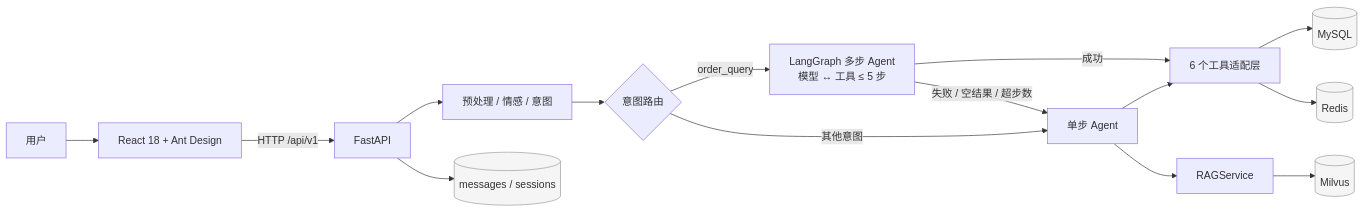
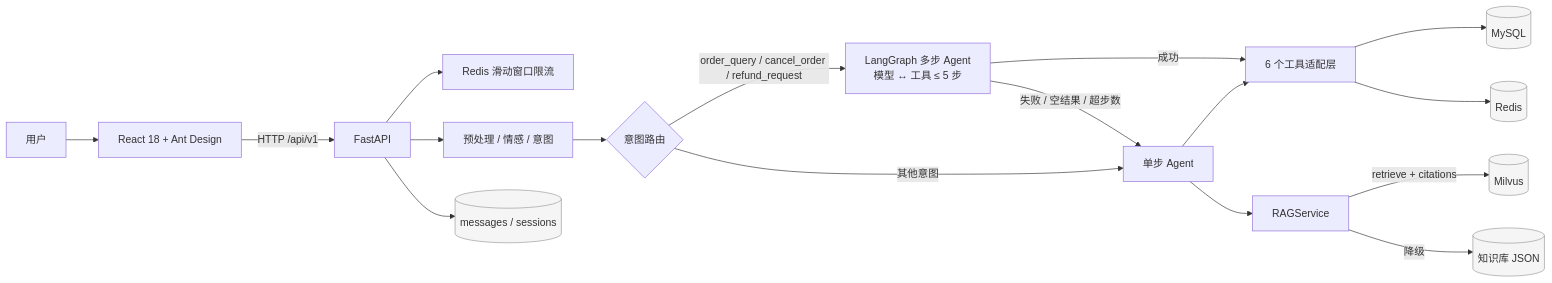
One commit to lhua64930-ffsdfs/ecommerce-customer-service changed the diagram in README.md. Above: the diagram before and after it, drawn with Mermaid. The commit also changed other lines of this file and 53 other files, not shown here.

````diff
--- a/README.md
+++ b/README.md
@@ -94,20 +94,22 @@
 ```mermaid
 flowchart LR
     U[用户] --> FE[React 18 + Ant Design]
     FE -->|HTTP /api/v1| API[FastAPI]
+    API --> RL[Redis 滑动窗口限流]
     API --> PRE[预处理 / 情感 / 意图]
     PRE --> ROUTE{意图路由}
-    ROUTE -->|order_query| GRAPH[LangGraph 多步 Agent<br/>模型 ↔ 工具 ≤ 5 步]
+    ROUTE -->|order_query / cancel_order / refund_request| GRAPH[LangGraph 多步 Agent<br/>模型 ↔ 工具 ≤ 5 步]
     GRAPH -->|成功| TOOLS[6 个工具适配层]
     GRAPH -->|失败 / 空结果 / 超步数| SINGLE[单步 Agent]
     ROUTE -->|其他意图| SINGLE
     SINGLE --> TOOLS
     SINGLE --> RAG[RAGService]
+    RAG -->|retrieve + citations| MILVUS[(Milvus)]
+    RAG -->|降级| KB[(知识库 JSON)]
     TOOLS --> DB[(MySQL)]
     TOOLS --> REDIS[(Redis)]
-    RAG --> MILVUS[(Milvus)]
     API --> MSG[(messages / sessions)]
 
     classDef store fill:#f5f5f5,stroke:#999;
-    class DB,REDIS,MILVUS,MSG store;
+    class DB,REDIS,MILVUS,MSG,KB store;
 ```
````
